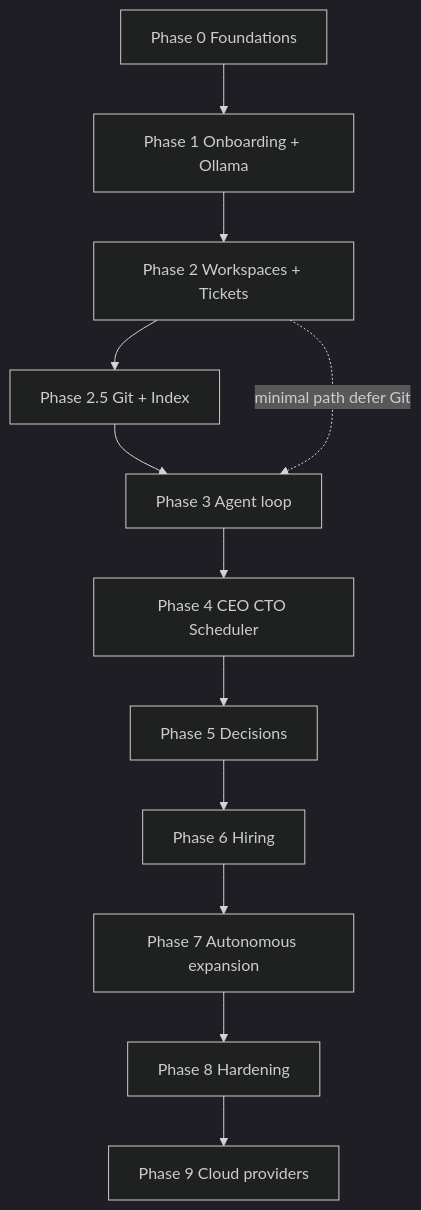
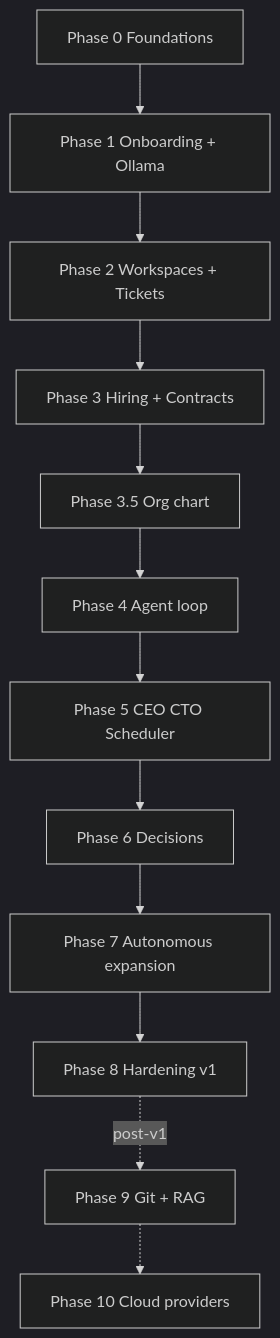
Before and after one commit to richardktran/youarefounder: the diagram in plans/14-implementation-phases-design.md, drawn with Mermaid (dark theme). The commit also changed other lines of this file and 33 other files, not shown here.

````diff
--- a/plans/14-implementation-phases-design.md
+++ b/plans/14-implementation-phases-design.md
@@ -31,19 +32,18 @@
 ```mermaid
 flowchart TD
   P0[Phase 0 Foundations]
   P1[Phase 1 Onboarding + Ollama]
   P2[Phase 2 Workspaces + Tickets]
-  P25[Phase 2.5 Git + Index]
-  P3[Phase 3 Agent loop]
-  P4[Phase 4 CEO CTO Scheduler]
-  P5[Phase 5 Decisions]
-  P6[Phase 6 Hiring]
+  P3[Phase 3 Hiring + Contracts]
+  P35[Phase 3.5 Org chart]
+  P4[Phase 4 Agent loop]
+  P5[Phase 5 CEO CTO Scheduler]
+  P6[Phase 6 Decisions]
   P7[Phase 7 Autonomous expansion]
-  P8[Phase 8 Hardening]
-  P9[Phase 9 Cloud providers]
-  P0 --> P1 --> P2
-  P2 --> P25 --> P3
-  P2 -.->|minimal path defer Git| P3
-  P3 --> P4 --> P5 --> P6 --> P7 --> P8
-  P8 --> P9
+  P8[Phase 8 Hardening v1]
+  P9[Phase 9 Git + RAG]
+  P10[Phase 10 Cloud providers]
+  P0 --> P1 --> P2 --> P3 --> P35 --> P4 --> P5 --> P6 --> P7 --> P8
+  P8 -.->|post-v1| P9
+  P9 -.-> P10
 ```
````
